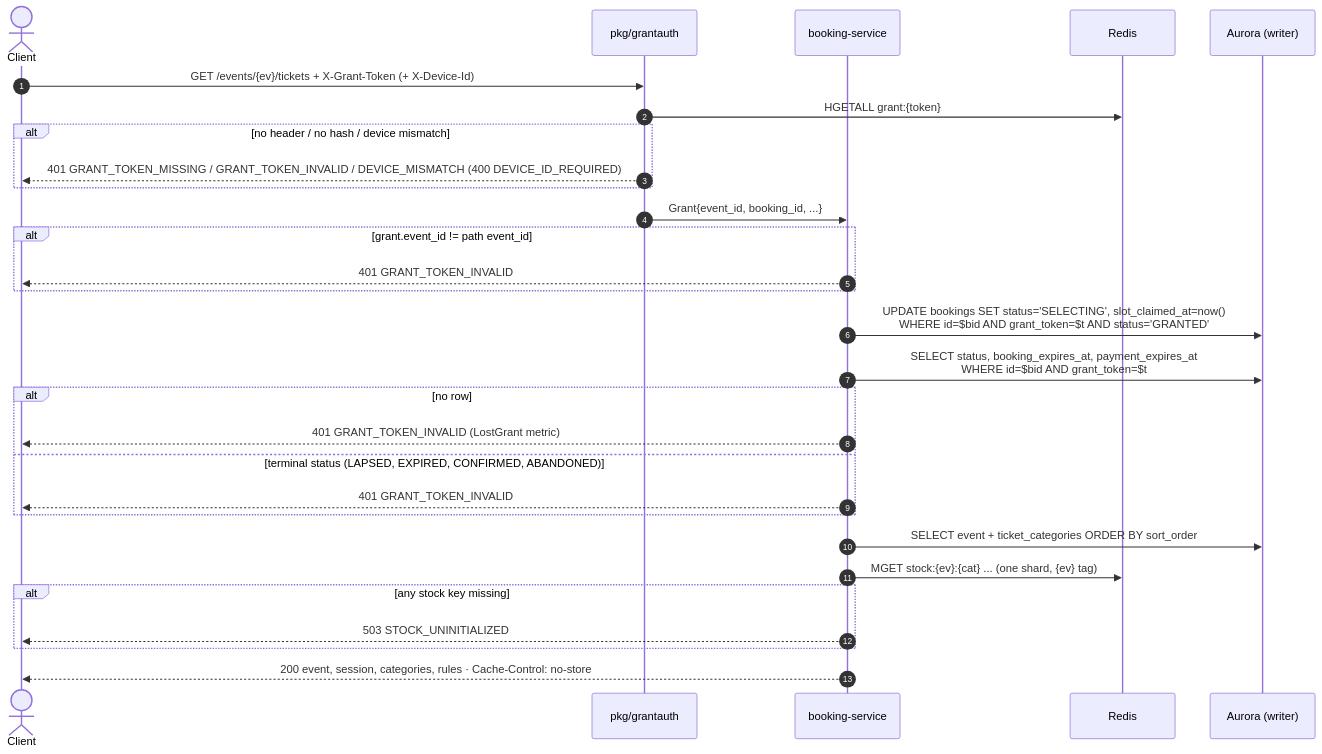
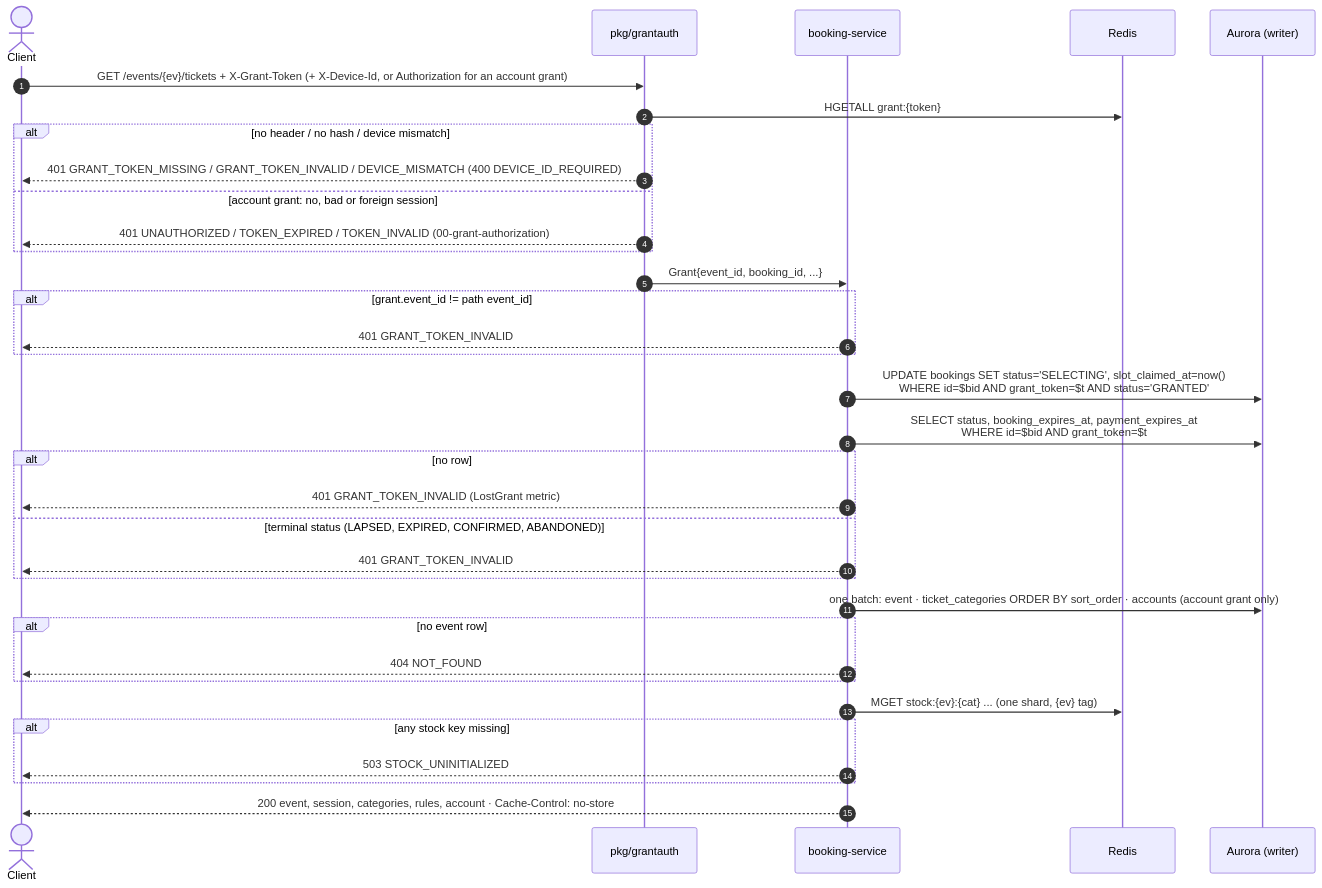
One commit to PTServerJanganTumbang-BookingTicket/be-rusuh-war-ticketing changed the first of 2 diagrams in docs/05-booking/01-get-ticket-selection-page.md. Above: the diagram before and after it, drawn with Mermaid. The commit also changed other lines of this file and 6 other files, not shown here.

Commit message:
docs(booking): plans for grant authorization, ticket page account, POST /bookings

````diff
--- a/docs/05-booking/01-get-ticket-selection-page.md
+++ b/docs/05-booking/01-get-ticket-selection-page.md
@@ -26,32 +26,37 @@
 ```mermaid
 sequenceDiagram
     autonumber
     actor C as Client
     participant G as pkg/grantauth
     participant B as booking-service
     participant R as Redis
     participant DB as Aurora (writer)
 
-    C->>G: GET /events/{ev}/tickets + X-Grant-Token (+ X-Device-Id)
+    C->>G: GET /events/{ev}/tickets + X-Grant-Token (+ X-Device-Id, or Authorization for an account grant)
     G->>R: HGETALL grant:{token}
     alt no header / no hash / device mismatch
         G-->>C: 401 GRANT_TOKEN_MISSING / GRANT_TOKEN_INVALID / DEVICE_MISMATCH (400 DEVICE_ID_REQUIRED)
+    else account grant: no, bad or foreign session
+        G-->>C: 401 UNAUTHORIZED / TOKEN_EXPIRED / TOKEN_INVALID (00-grant-authorization)
     end
     G->>B: Grant{event_id, booking_id, ...}
     alt grant.event_id != path event_id
         B-->>C: 401 GRANT_TOKEN_INVALID
     end
     B->>DB: UPDATE bookings SET status='SELECTING', slot_claimed_at=now()<br/>WHERE id=$bid AND grant_token=$t AND status='GRANTED'
     B->>DB: SELECT status, booking_expires_at, payment_expires_at<br/>WHERE id=$bid AND grant_token=$t
     alt no row
         B-->>C: 401 GRANT_TOKEN_INVALID (LostGrant metric)
     else terminal status (LAPSED, EXPIRED, CONFIRMED, ABANDONED)
         B-->>C: 401 GRANT_TOKEN_INVALID
     end
-    B->>DB: SELECT event + ticket_categories ORDER BY sort_order
+    B->>DB: one batch: event · ticket_categories ORDER BY sort_order · accounts (account grant only)
+    alt no event row
+        B-->>C: 404 NOT_FOUND
+    end
     B->>R: MGET stock:{ev}:{cat} ... (one shard, {ev} tag)
     alt any stock key missing
         B-->>C: 503 STOCK_UNINITIALIZED
     end
-    B-->>C: 200 event, session, categories, rules · Cache-Control: no-store
+    B-->>C: 200 event, session, categories, rules, account · Cache-Control: no-store
 ```
````
